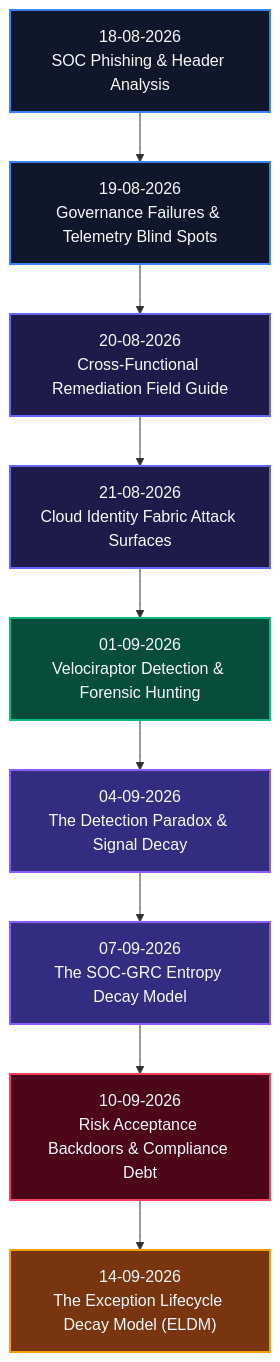
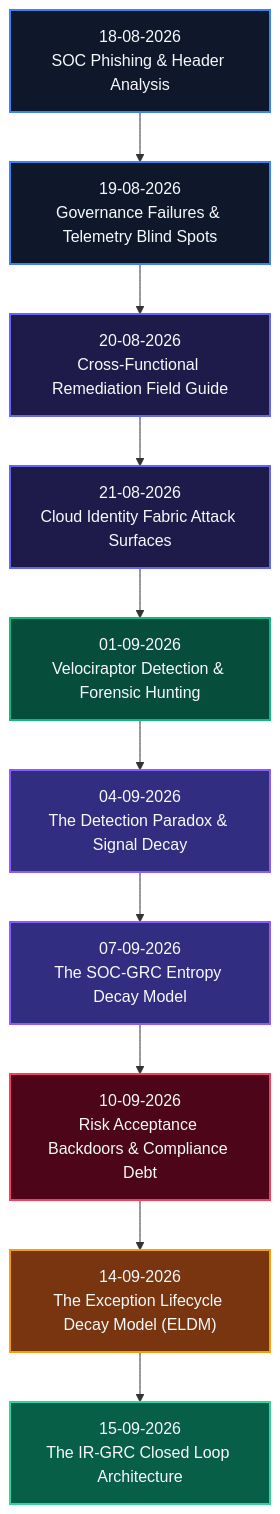
Before and after one commit to hiro001-eth/What-I-Learned-Today-on-SOC-GRC-: the diagram in README.md, drawn with Mermaid. The commit also changed other lines of this file and 1 other file, not shown here.

Commit message:
docs: publish Paper 10 - The IR-GRC Closed Loop architecture & update README

````diff
--- a/README.md
+++ b/README.md
@@ -32,26 +32,29 @@
 ```mermaid
 graph TD
     AUG18["18-08-2026<br/>SOC Phishing & Header Analysis"] --> AUG19["19-08-2026<br/>Governance Failures & Telemetry Blind Spots"]
     AUG19 --> AUG20["20-08-2026<br/>Cross-Functional Remediation Field Guide"]
     AUG20 --> AUG21["21-08-2026<br/>Cloud Identity Fabric Attack Surfaces"]
     AUG21 --> SEP01["01-09-2026<br/>Velociraptor Detection & Forensic Hunting"]
     SEP01 --> SEP04["04-09-2026<br/>The Detection Paradox & Signal Decay"]
     SEP04 --> SEP07["07-09-2026<br/>The SOC-GRC Entropy Decay Model"]
     SEP07 --> SEP10["10-09-2026<br/>Risk Acceptance Backdoors & Compliance Debt"]
     SEP10 --> SEP14["14-09-2026<br/>The Exception Lifecycle Decay Model (ELDM)"]
+    SEP14 --> SEP15["15-09-2026<br/>The IR-GRC Closed Loop Architecture"]
 
     classDef default fill:#1E293B,stroke:#475569,color:#F8FAFC,stroke-width:1px;
     classDef foundation fill:#0F172A,stroke:#3B82F6,color:#F8FAFC,stroke-width:2px;
     classDef telemetry fill:#1E1B4B,stroke:#6366F1,color:#F8FAFC,stroke-width:2px;
     classDef forensics fill:#064E3B,stroke:#10B981,color:#F8FAFC,stroke-width:2px;
     classDef theoretical fill:#312E81,stroke:#8B5CF6,color:#F8FAFC,stroke-width:2px;
     classDef critical fill:#4C0519,stroke:#F43F5E,color:#F8FAFC,stroke-width:2px;
     classDef new fill:#78350F,stroke:#F59E0B,color:#F8FAFC,stroke-width:2px;
+    classDef conclusion fill:#065F46,stroke:#34D399,color:#F8FAFC,stroke-width:2px;
 
     class AUG18,AUG19 foundation;
     class AUG20,AUG21 telemetry;
     class SEP01 forensics;
     class SEP04,SEP07 theoretical;
     class SEP10 critical;
     class SEP14 new;
+    class SEP15 conclusion;
 ```
````
